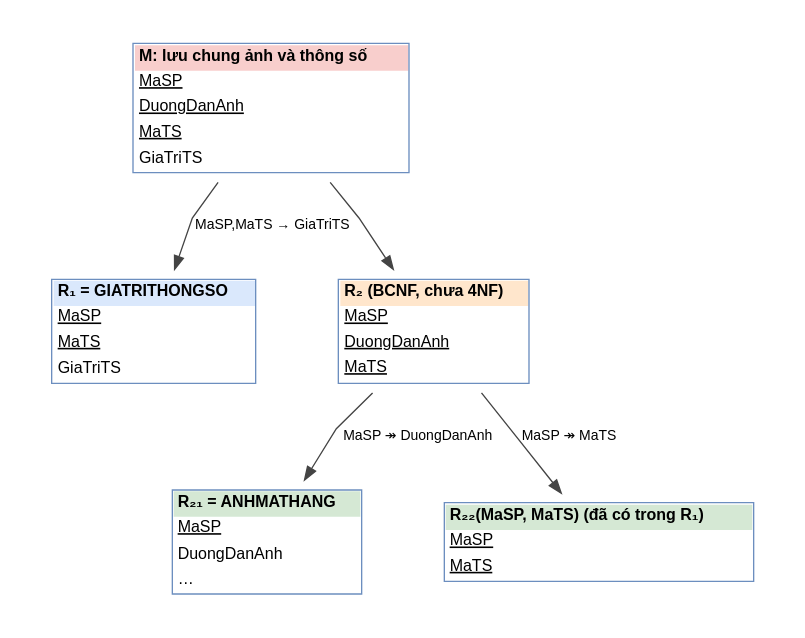
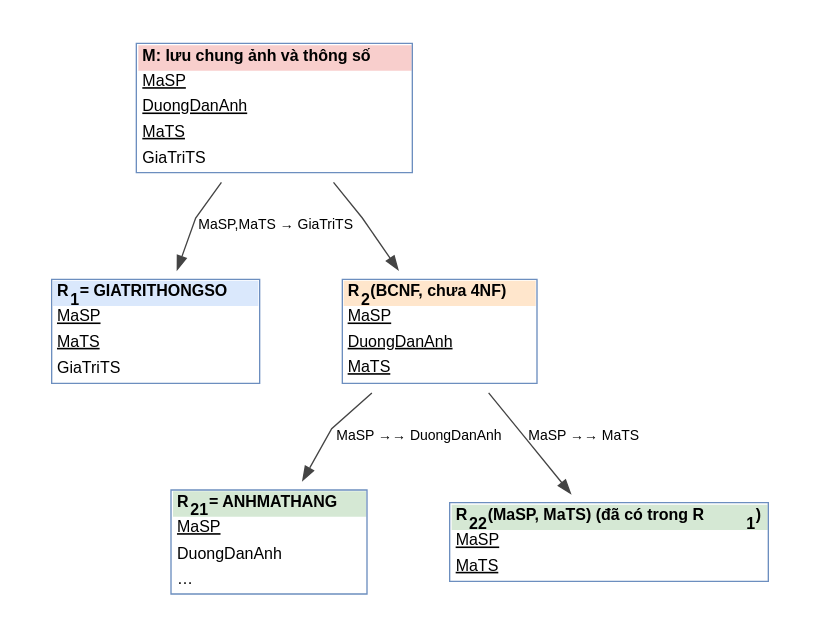
The diagram in bao-cao-moi/hinh/phan_ra_4nf.dot (twotnguyen/CSDL-NC-PowerTech), drawn with Graphviz before and after one commit. The commit also changed 54 other files, not shown here.

```diff
--- a/bao-cao-moi/hinh/phan_ra_4nf.dot
+++ b/bao-cao-moi/hinh/phan_ra_4nf.dot
@@ -1,12 +1,12 @@
 digraph G {
   rankdir=TB; splines=polyline; nodesep=0.5; ranksep=0.75; pad=0.25;
   node [fontname="Helvetica", fontsize=12, margin="0.18,0.1"]; edge [fontname="Helvetica", fontsize=10.5, color="#444444"];
   m [shape=plaintext, label=<<TABLE BORDER="1" COLOR="#6C8EBF" CELLBORDER="0" CELLSPACING="0" CELLPADDING="3"><TR><TD BGCOLOR="#F8CECC"><B>M: lưu chung ảnh và thông số</B></TD></TR><TR><TD ALIGN="LEFT"><U>MaSP</U></TD></TR><TR><TD ALIGN="LEFT"><U>DuongDanAnh</U></TD></TR><TR><TD ALIGN="LEFT"><U>MaTS</U></TD></TR><TR><TD ALIGN="LEFT">GiaTriTS</TD></TR></TABLE>>];
-  r1 [shape=plaintext, label=<<TABLE BORDER="1" COLOR="#6C8EBF" CELLBORDER="0" CELLSPACING="0" CELLPADDING="3"><TR><TD BGCOLOR="#DAE8FC"><B>R₁ = GIATRITHONGSO</B></TD></TR><TR><TD ALIGN="LEFT"><U>MaSP</U></TD></TR><TR><TD ALIGN="LEFT"><U>MaTS</U></TD></TR><TR><TD ALIGN="LEFT">GiaTriTS</TD></TR></TABLE>>];
-  r2 [shape=plaintext, label=<<TABLE BORDER="1" COLOR="#6C8EBF" CELLBORDER="0" CELLSPACING="0" CELLPADDING="3"><TR><TD BGCOLOR="#FFE6CC"><B>R₂ (BCNF, chưa 4NF)</B></TD></TR><TR><TD ALIGN="LEFT"><U>MaSP</U></TD></TR><TR><TD ALIGN="LEFT"><U>DuongDanAnh</U></TD></TR><TR><TD ALIGN="LEFT"><U>MaTS</U></TD></TR></TABLE>>];
-  r21 [shape=plaintext, label=<<TABLE BORDER="1" COLOR="#6C8EBF" CELLBORDER="0" CELLSPACING="0" CELLPADDING="3"><TR><TD BGCOLOR="#D5E8D4"><B>R₂₁ = ANHMATHANG</B></TD></TR><TR><TD ALIGN="LEFT"><U>MaSP</U></TD></TR><TR><TD ALIGN="LEFT">DuongDanAnh</TD></TR><TR><TD ALIGN="LEFT">…</TD></TR></TABLE>>];
-  r22 [shape=plaintext, label=<<TABLE BORDER="1" COLOR="#6C8EBF" CELLBORDER="0" CELLSPACING="0" CELLPADDING="3"><TR><TD BGCOLOR="#D5E8D4"><B>R₂₂(MaSP, MaTS) (đã có trong R₁)</B></TD></TR><TR><TD ALIGN="LEFT"><U>MaSP</U></TD></TR><TR><TD ALIGN="LEFT"><U>MaTS</U></TD></TR></TABLE>>];
-  m -> r1 [label="MaSP,MaTS → GiaTriTS"]; m -> r2; r2 -> r21 [label="MaSP ↠ DuongDanAnh"]; r2 -> r22 [label="MaSP ↠ MaTS"];
+  r1 [shape=plaintext, label=<<TABLE BORDER="1" COLOR="#6C8EBF" CELLBORDER="0" CELLSPACING="0" CELLPADDING="3"><TR><TD BGCOLOR="#DAE8FC"><B>R<SUB>1</SUB> = GIATRITHONGSO</B></TD></TR><TR><TD ALIGN="LEFT"><U>MaSP</U></TD></TR><TR><TD ALIGN="LEFT"><U>MaTS</U></TD></TR><TR><TD ALIGN="LEFT">GiaTriTS</TD></TR></TABLE>>];
+  r2 [shape=plaintext, label=<<TABLE BORDER="1" COLOR="#6C8EBF" CELLBORDER="0" CELLSPACING="0" CELLPADDING="3"><TR><TD BGCOLOR="#FFE6CC"><B>R<SUB>2</SUB> (BCNF, chưa 4NF)</B></TD></TR><TR><TD ALIGN="LEFT"><U>MaSP</U></TD></TR><TR><TD ALIGN="LEFT"><U>DuongDanAnh</U></TD></TR><TR><TD ALIGN="LEFT"><U>MaTS</U></TD></TR></TABLE>>];
+  r21 [shape=plaintext, label=<<TABLE BORDER="1" COLOR="#6C8EBF" CELLBORDER="0" CELLSPACING="0" CELLPADDING="3"><TR><TD BGCOLOR="#D5E8D4"><B>R<SUB>21</SUB> = ANHMATHANG</B></TD></TR><TR><TD ALIGN="LEFT"><U>MaSP</U></TD></TR><TR><TD ALIGN="LEFT">DuongDanAnh</TD></TR><TR><TD ALIGN="LEFT">…</TD></TR></TABLE>>];
+  r22 [shape=plaintext, label=<<TABLE BORDER="1" COLOR="#6C8EBF" CELLBORDER="0" CELLSPACING="0" CELLPADDING="3"><TR><TD BGCOLOR="#D5E8D4"><B>R<SUB>22</SUB>(MaSP, MaTS) (đã có trong R<SUB>1</SUB>)</B></TD></TR><TR><TD ALIGN="LEFT"><U>MaSP</U></TD></TR><TR><TD ALIGN="LEFT"><U>MaTS</U></TD></TR></TABLE>>];
+  m -> r1 [label="MaSP,MaTS → GiaTriTS"]; m -> r2; r2 -> r21 [label="MaSP →→ DuongDanAnh"]; r2 -> r22 [label="MaSP →→ MaTS"];
   { rank=same; r1; r2 }
   { rank=same; r21; r22 }
 }
```
